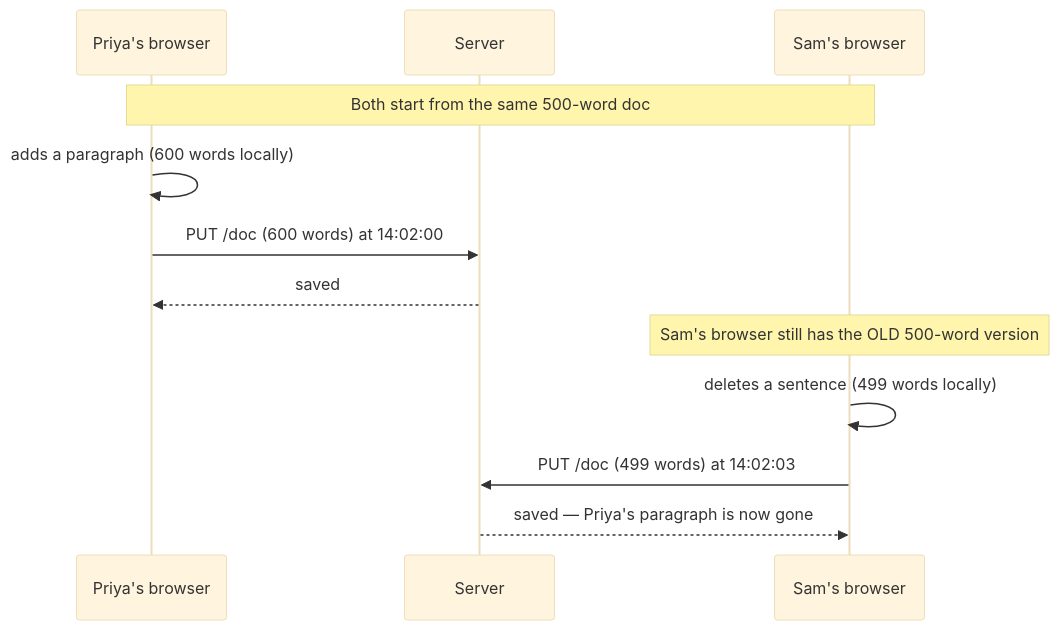
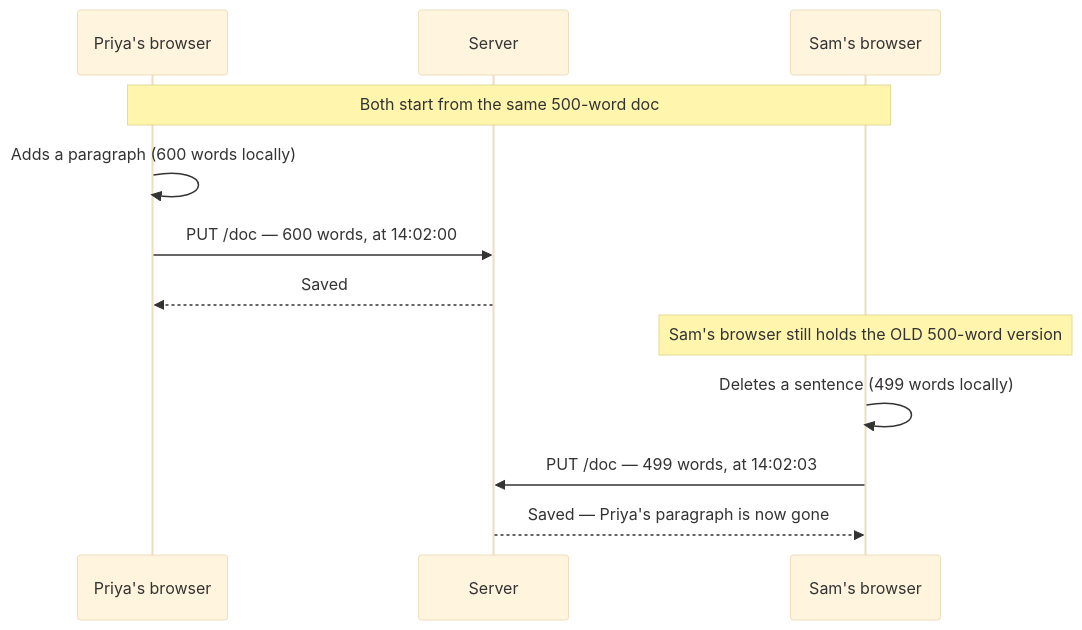
The first of 14 diagrams in system-design/HLD/0-course/38-Design-a-Collaborative-Document-Editing-Service-Google-Docs-FAANG-Guide-story.md (riyaz-pasha/Learnings), drawn with Mermaid (base theme) before and after one commit. The commit also changed other lines of this file and 1 other file, not shown here.

Commit message:
[REWRITE] Google Docs story guide: simplify prose, add structure, fix diagrams

````diff
--- a/system-design/HLD/0-course/38-Design-a-Collaborative-Document-Editing-Service-Google-Docs-FAANG-Guide-story.md
+++ b/system-design/HLD/0-course/38-Design-a-Collaborative-Document-Editing-Service-Google-Docs-FAANG-Guide-story.md
@@ -15,15 +37,16 @@
 ```mermaid
 sequenceDiagram
     participant P as Priya's browser
     participant S as Server
     participant Sm as Sam's browser
 
     Note over P,Sm: Both start from the same 500-word doc
-    P->>P: adds a paragraph (600 words locally)
-    P->>S: PUT /doc (600 words) at 14:02:00
-    S-->>P: saved
-    Note over Sm: Sam's browser still has the OLD 500-word version
-    Sm->>Sm: deletes a sentence (499 words locally)
-    Sm->>S: PUT /doc (499 words) at 14:02:03
-    S-->>Sm: saved — Priya's paragraph is now gone
+    P->>P: Adds a paragraph (600 words locally)
+    P->>S: PUT /doc — 600 words, at 14:02:00
+    S-->>P: Saved
+
+    Note over Sm: Sam's browser still holds the OLD 500-word version
+    Sm->>Sm: Deletes a sentence (499 words locally)
+    Sm->>S: PUT /doc — 499 words, at 14:02:03
+    S-->>Sm: Saved — Priya's paragraph is now gone
 ```
````
